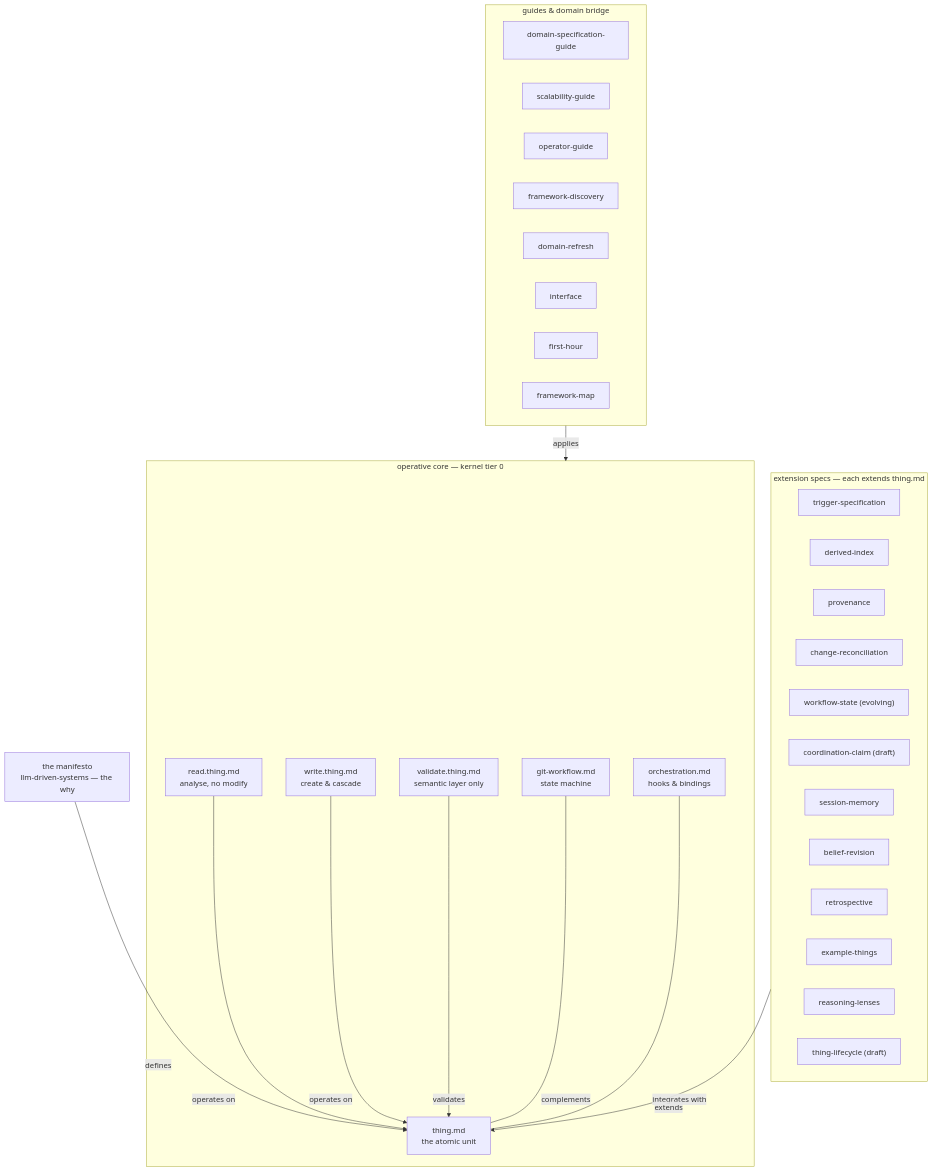
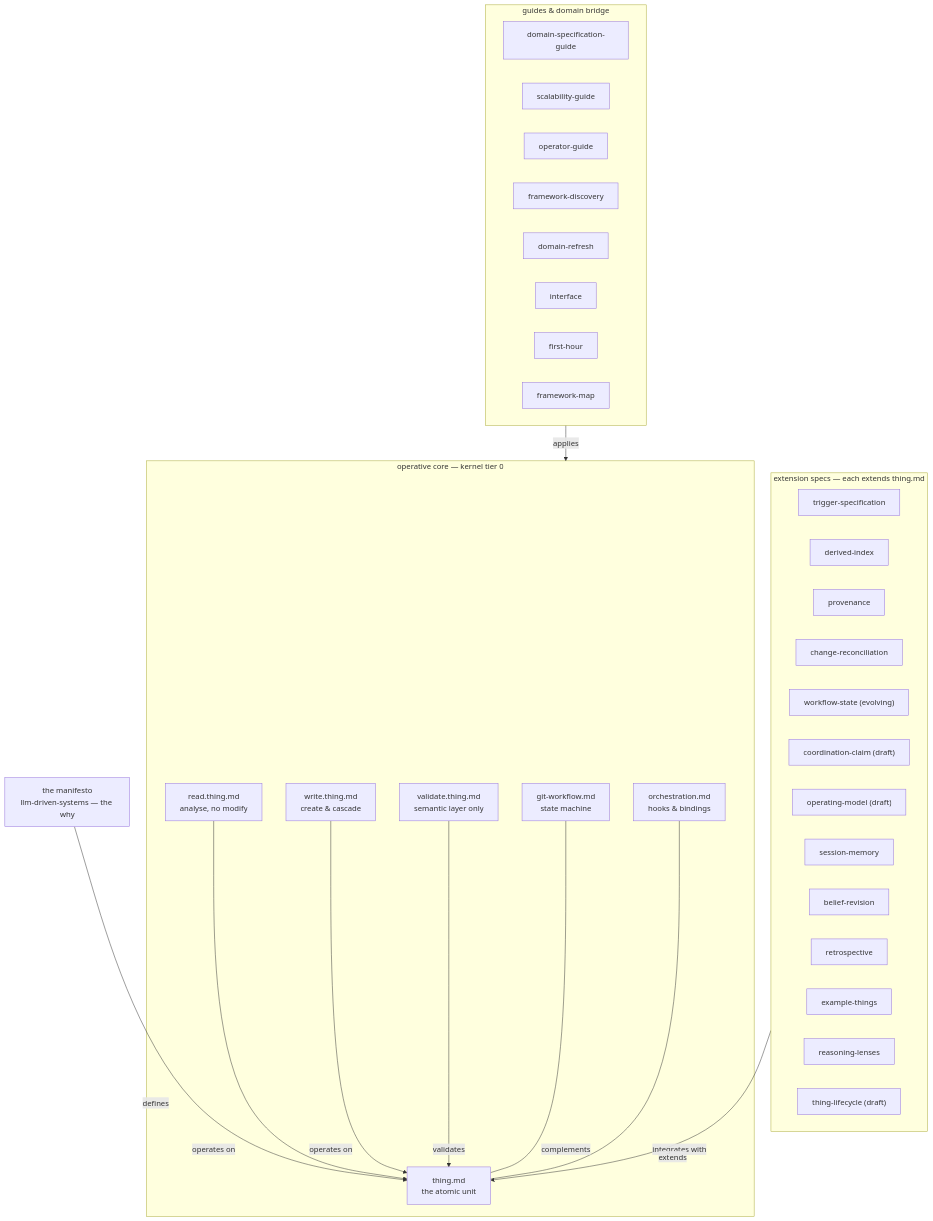
The second of 5 diagrams in docs/framework-map.md (JanoshMoshiri/MarkdownLLM), drawn with Mermaid before and after one commit. The commit also changed other lines of this file and 9 other files, not shown here.

First line of the commit message:
framework: operating-model.md — how the atoms compose

````diff
--- a/docs/framework-map.md
+++ b/docs/framework-map.md
@@ -125,64 +125,65 @@
 ```mermaid
 flowchart TD
     accTitle: View 2 - the spec layer, showing what defines what
     accDescr {
         Everything centres on thing.md, the atomic unit. The manifesto defines
         it. Around it sits the operative core, the six specs that mdllm kernel
         distils into tier 0: git-workflow.md the state machine and thing.md
         complement each other, orchestration.md for hooks and bindings
         integrates with it, and read.thing.md analyses without modifying,
         write.thing.md creates and cascades, and validate.thing.md covers the
         semantic layer only - all three operating on it. A band of extension
         specs each extends thing.md: trigger-specification, derived-index,
         provenance, change-reconciliation, workflow-state, coordination-claim,
-        session-memory, belief-revision, retrospective, example-things,
-        reasoning-lenses and thing-lifecycle. A separate band of guides and the
+        operating-model, session-memory, belief-revision, retrospective,
+        example-things, reasoning-lenses and thing-lifecycle. A separate band of guides and the
         domain bridge - domain-specification-guide, scalability-guide,
         operator-guide, framework-discovery, domain-refresh, interface,
         first-hour and framework-map - applies to the core rather than defining
         any semantics. The navigation rule: when lost, start at thing.md and
         follow one extends edge outward.
     }
     MAN["the manifesto<br/>llm-driven-systems — the why"]
     subgraph core ["operative core — kernel tier 0"]
         GITW["git-workflow.md<br/>state machine"]
         THING["thing.md<br/>the atomic unit"]
         ORCH["orchestration.md<br/>hooks & bindings"]
         READ["read.thing.md<br/>analyse, no modify"]
         WRITE["write.thing.md<br/>create & cascade"]
         VAL["validate.thing.md<br/>semantic layer only"]
     end
     subgraph ext ["extension specs — each extends thing.md"]
         TRIG["trigger-specification"]
         DIDX["derived-index"]
         PROV["provenance"]
         CRECON["change-reconciliation"]
         WSTATE["workflow-state (evolving)"]
         COORD["coordination-claim (draft)"]
+        OPMODEL["operating-model (draft)"]
         SMEM["session-memory"]
         BREV["belief-revision"]
         RETRO["retrospective"]
         EXTH["example-things"]
         LENS["reasoning-lenses"]
         LIFE["thing-lifecycle (draft)"]
     end
     subgraph guides ["guides & domain bridge"]
         DSG["domain-specification-guide"]
         SCAL["scalability-guide"]
         OPG["operator-guide"]
         DISC["framework-discovery"]
         REFR["domain-refresh"]
         IFACE["interface"]
         FH["first-hour"]
         FMAP["framework-map"]
     end
 
     MAN -->|defines| THING
     READ -->|operates on| THING
     WRITE -->|operates on| THING
     VAL -->|validates| THING
     GITW ---|complements| THING
     ORCH ---|integrates with| THING
     ext -->|extends| THING
     guides -->|applies| core
 ```
````
